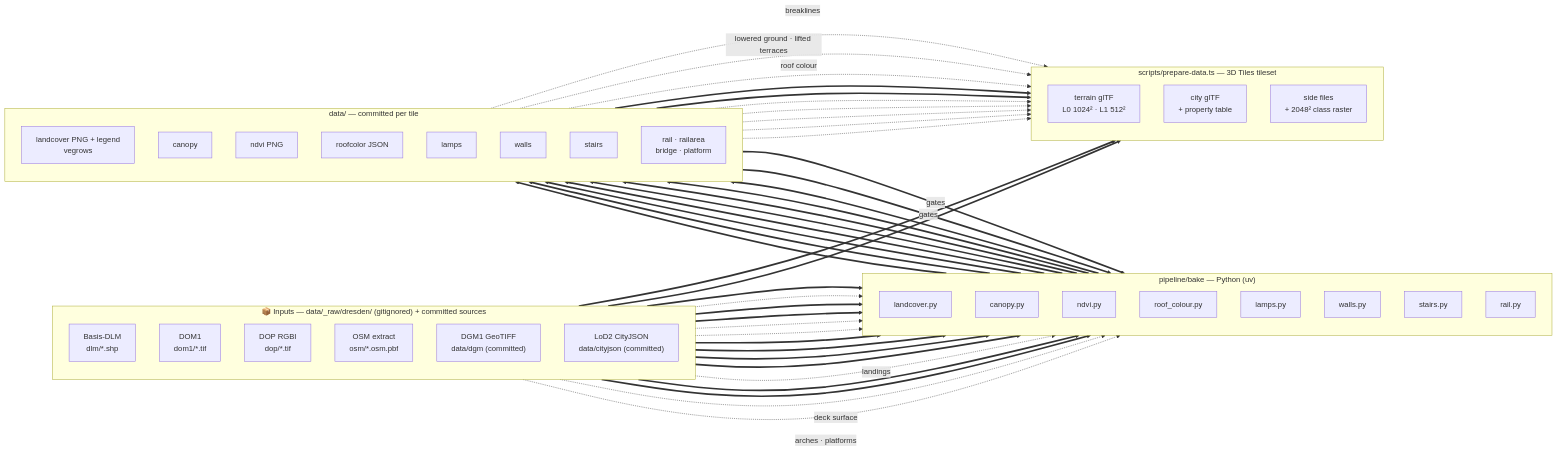
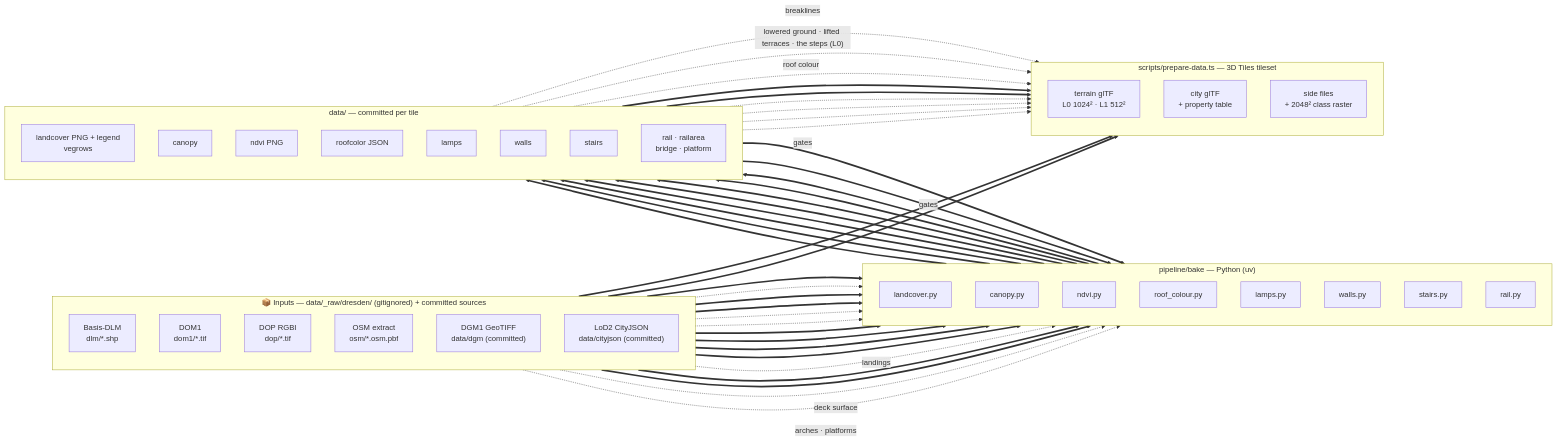
The second of 2 diagrams in docs/data-flow.md (mdugue/bridge), drawn with Mermaid before and after one commit. The commit also changed other lines of this file and 25 other files, not shown here.

````diff
--- a/docs/data-flow.md
+++ b/docs/data-flow.md
@@ -153,77 +153,76 @@
 ```mermaid
 flowchart LR
   subgraph IN["📦 Inputs — data/_raw/dresden/ (gitignored) + committed sources"]
     direction TB
     iDLM["Basis-DLM<br/>dlm/*.shp"]
     iDOM["DOM1<br/>dom1/*.tif"]
     iDOP["DOP RGBI<br/>dop/*.tif"]
     iOSM["OSM extract<br/>osm/*.osm.pbf"]
     iDGM["DGM1 GeoTIFF<br/>data/dgm (committed)"]
     iCJ["LoD2 CityJSON<br/>data/cityjson (committed)"]
   end
 
   subgraph PY["pipeline/bake — Python (uv)"]
     direction TB
     bLC["landcover.py"]
     bCAN["canopy.py"]
     bNDVI["ndvi.py"]
     bROOF["roof_colour.py"]
     bLAMP["lamps.py"]
     bWALL["walls.py"]
     bSTR["stairs.py"]
     bRAIL["rail.py"]
   end
 
   subgraph DATA["data/ — committed per tile"]
     direction TB
     dCLS["landcover PNG + legend<br/>vegrows"]
     dCAN["canopy"]
     dNDVI["ndvi PNG"]
     dROOF["roofcolor JSON"]
     dLAMP["lamps"]
     dWALL["walls"]
     dSTR["stairs"]
     dRAIL["rail · railarea<br/>bridge · platform"]
   end
 
   subgraph TS["scripts/prepare-data.ts — 3D Tiles tileset"]
     direction TB
     tTER["terrain glTF<br/>L0 1024² · L1 512²"]
     tCITY["city glTF<br/>+ property table"]
     tSIDE["side files<br/>+ 2048² class raster"]
   end
 
   iDLM ==> bLC ==> dCLS
   iDOM -.-> bCAN
   iDGM ==> bCAN
   iDLM ==> bCAN
   dCLS ==>|gates| bCAN
   bCAN ==> dCAN
   iDOP -.-> bNDVI ==> dNDVI
   iDOP -.-> bROOF
   iCJ ==> bROOF ==> dROOF
   iOSM ==> bLAMP
   dCLS ==>|gates| bLAMP
   bLAMP ==> dLAMP
   iOSM ==> bWALL ==> dWALL
   iOSM ==> bSTR ==> dSTR
   iDGM -. "landings" .-> bSTR
   iDLM ==> bRAIL
   iDGM ==> bRAIL
   iDOM -. "deck surface" .-> bRAIL
   iOSM -. "arches · platforms" .-> bRAIL
   bRAIL ==> dRAIL
 
   iDGM ==> tTER
   dWALL -. breaklines .-> tTER
-  dSTR -. "lowered ground · lifted terraces" .-> tTER
+  dSTR -. "lowered ground · lifted terraces · the steps (L0)" .-> tTER
   iCJ ==> tCITY
   dROOF -. "roof colour" .-> tCITY
   dCLS ==> tSIDE
   dCAN ==> tSIDE
   dNDVI -.-> tSIDE
   dLAMP -.-> tSIDE
   dWALL -.-> tSIDE
-  dSTR -.-> tSIDE
   dRAIL -.-> tSIDE
 ```
````
